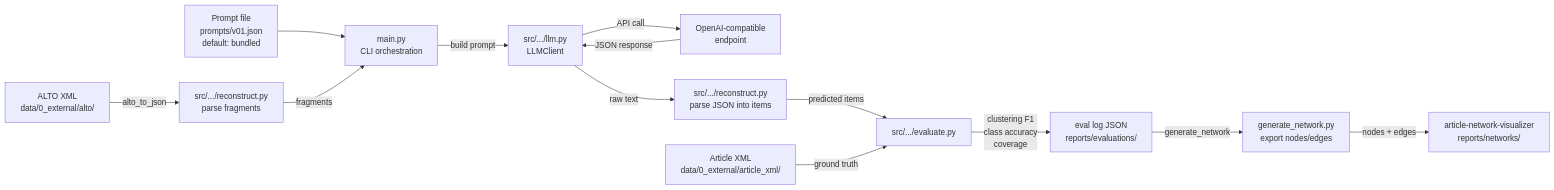
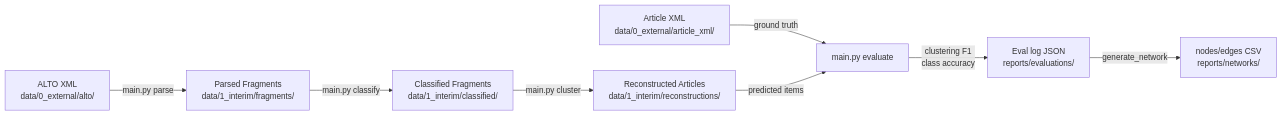
The diagram in README.md (jmiguelv/newspaper-reconstructor), drawn with Mermaid before and after one commit. The commit also changed other lines of this file, not shown here.

Commit message:
docs: update README for new pipeline architecture

````diff
--- a/README.md
+++ b/README.md
@@ -9,15 +9,10 @@
 ```mermaid
 flowchart LR
-    ALTO["ALTO XML<br/>data/0_external/alto/"] -->|alto_to_json| RECON["src/.../reconstruct.py<br/>parse fragments"]
-    PROMPT["Prompt file<br/>prompts/v01.json<br/>default: bundled"] --> MAIN["main.py<br/>CLI orchestration"]
-    RECON -->|fragments| MAIN["main.py<br/>CLI orchestration"]
-    MAIN -->|build prompt| LLM["src/.../llm.py<br/>LLMClient"]
-    LLM -->|API call| API["OpenAI-compatible<br/>endpoint"]
-    API -->|JSON response| LLM
-    LLM -->|raw text| RECON2["src/.../reconstruct.py<br/>parse JSON into items"]
-    RECON2 -->|predicted items| EVAL["src/.../evaluate.py"]
-    ARTXML["Article XML<br/>data/0_external/article_xml/"] -->|ground truth| EVAL
-    EVAL -->|clustering F1<br/>class accuracy<br/>coverage| LOG["eval log JSON<br/>reports/evaluations/"]
-    LOG -->|generate_network| NET["generate_network.py<br/>export nodes/edges"]
-    NET -->|nodes + edges| VIZ["article-network-visualizer<br/>reports/networks/"]
+    ALTO["ALTO XML<br/>data/0_external/alto/"] -->|main.py parse| PARSED["Parsed Fragments<br/>data/1_interim/fragments/"]
+    PARSED -->|main.py classify| CLASSIFIED["Classified Fragments<br/>data/1_interim/classified/"]
+    CLASSIFIED -->|main.py cluster| RECON["Reconstructed Articles<br/>data/1_interim/reconstructions/"]
+    ARTXML["Article XML<br/>data/0_external/article_xml/"] -->|ground truth| EVAL["main.py evaluate"]
+    RECON -->|predicted items| EVAL
+    EVAL -->|clustering F1<br/>class accuracy| LOG["Eval log JSON<br/>reports/evaluations/"]
+    LOG -->|generate_network| NET["nodes/edges CSV<br/>reports/networks/"]
 ```
````
